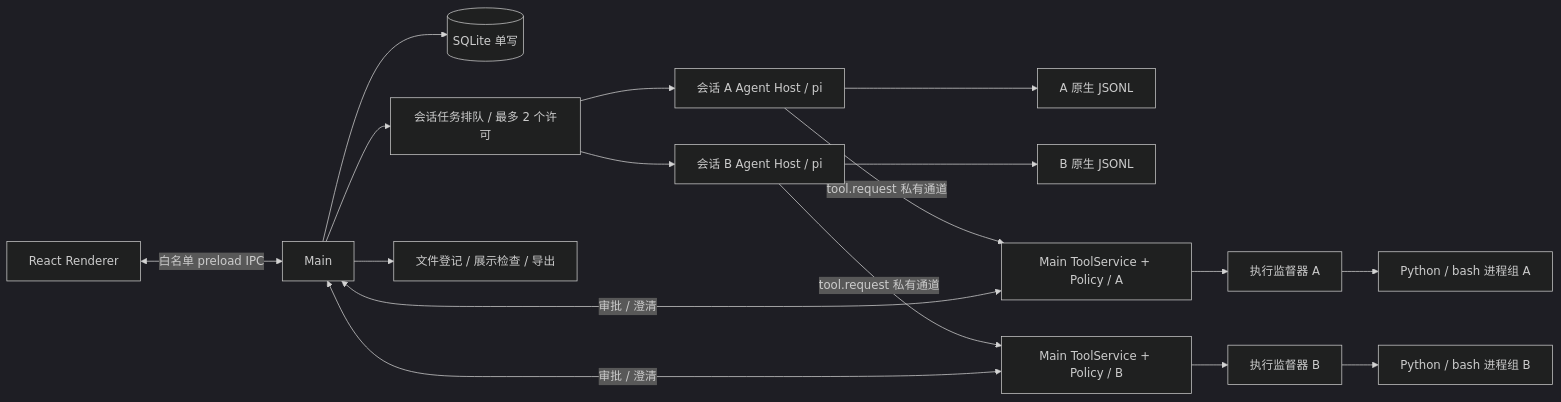
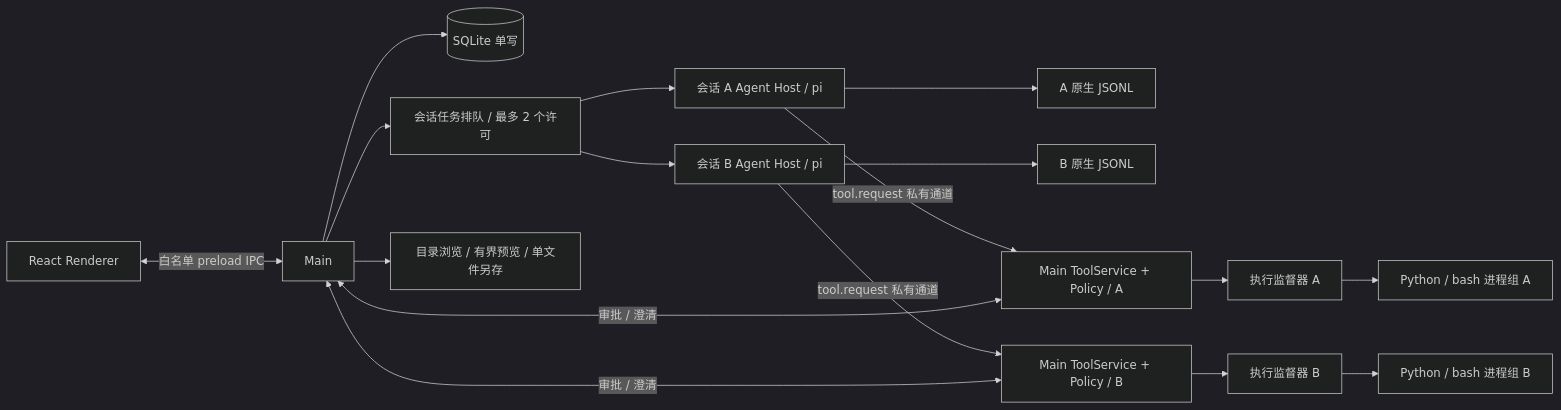
Before and after one commit to jindingi/data_agent: the diagram in docs/technical-design.md, drawn with Mermaid (dark theme). The commit also changed other lines of this file and 72 other files, not shown here.

````diff
--- a/docs/technical-design.md
+++ b/docs/technical-design.md
@@ -23,19 +23,19 @@
 ```mermaid
 flowchart LR
   UI[React Renderer] <-->|白名单 preload IPC| Main[Main]
   Main --> DB[(SQLite 单写)]
   Main --> Admission[会话任务排队 / 最多 2 个许可]
   Admission --> A[会话 A Agent Host / pi]
   Admission --> B[会话 B Agent Host / pi]
   A --> JA[A 原生 JSONL]
   B --> JB[B 原生 JSONL]
   A -->|tool.request 私有通道| PA[Main ToolService + Policy / A]
   B -->|tool.request 私有通道| PB[Main ToolService + Policy / B]
   PA --> WA[执行监督器 A]
   PB --> WB[执行监督器 B]
   WA --> RA[Python / bash 进程组 A]
   WB --> RB[Python / bash 进程组 B]
-  Main --> Artifacts[文件登记 / 展示检查 / 导出]
+  Main --> Workspace[目录浏览 / 有界预览 / 单文件另存]
   PA <-->|审批 / 澄清| Main
   PB <-->|审批 / 澄清| Main
 ```
````
